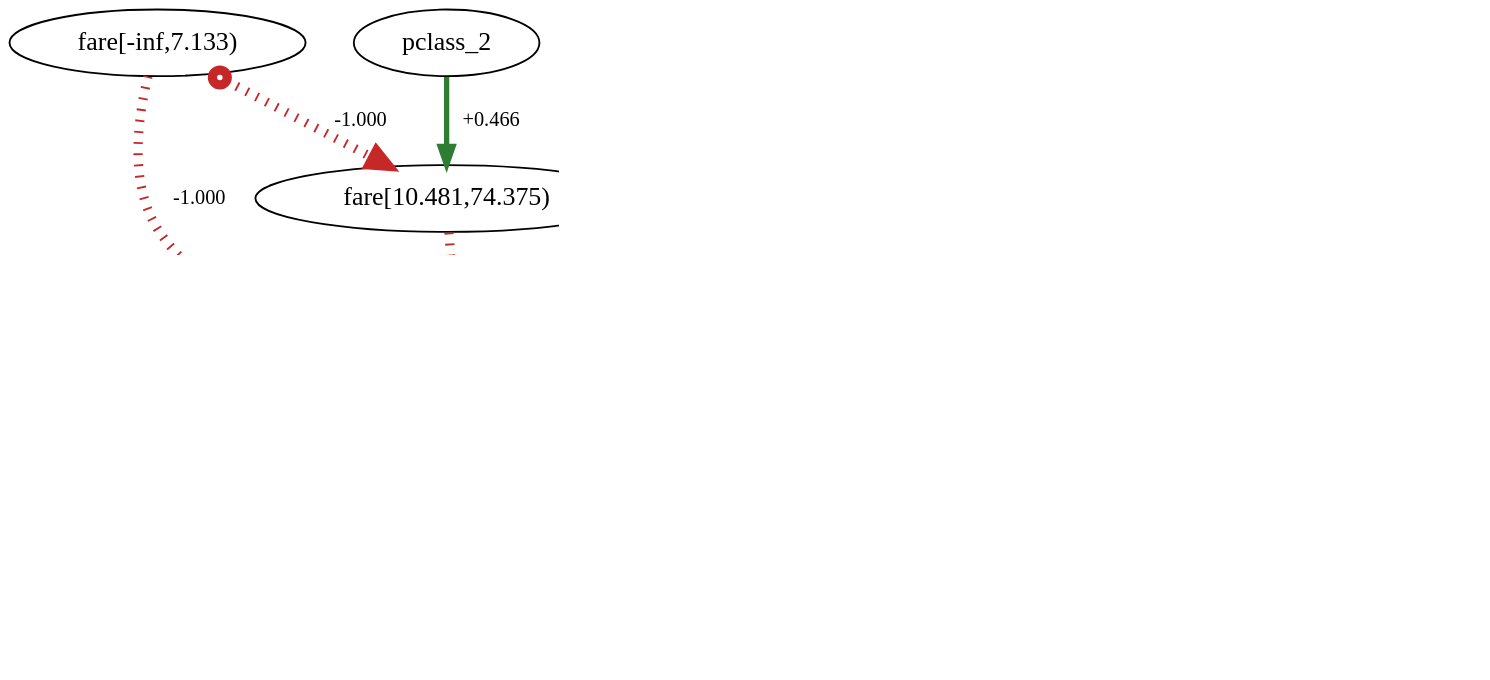
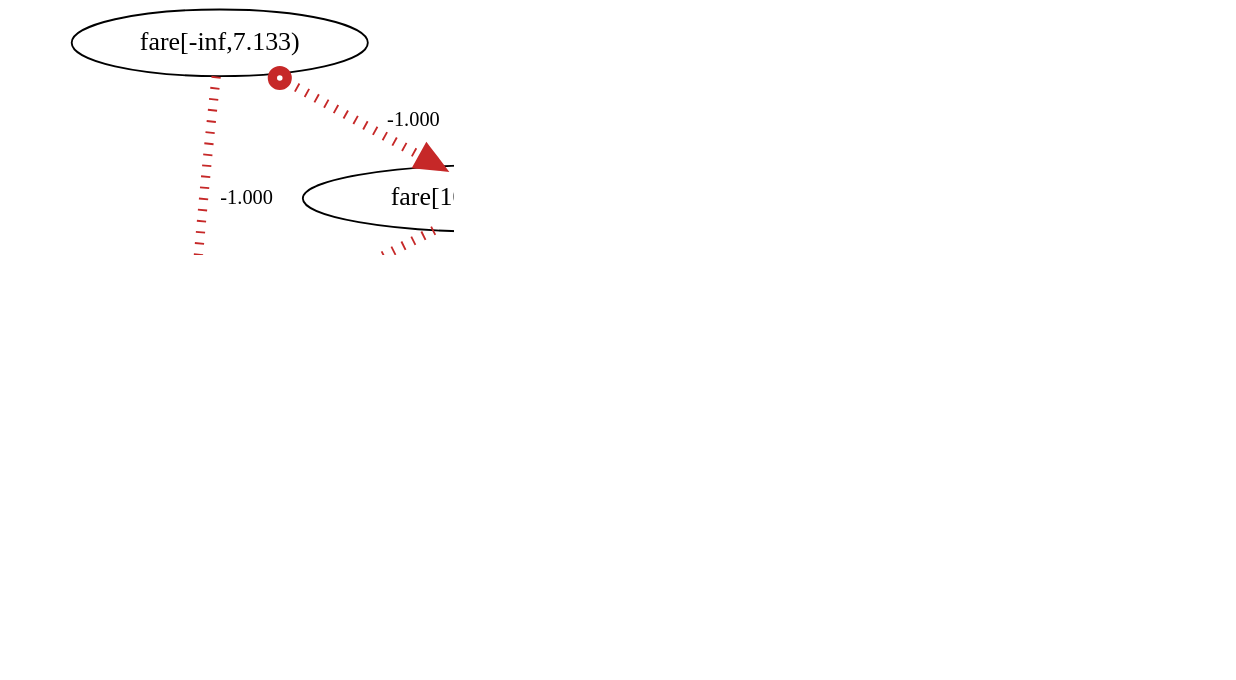
The diagram in causal_argumentation-main/outputs_titanic/fci_experiment/discovery_fci_droplast_weighted.dot (AKANEMO22/MedTCAX-Causal-Argumentative-Explainability), drawn with Graphviz before and after one commit. The commit also changed 29 other files, not shown here.

```diff
--- a/causal_argumentation-main/outputs_titanic/fci_experiment/discovery_fci_droplast_weighted.dot
+++ b/causal_argumentation-main/outputs_titanic/fci_experiment/discovery_fci_droplast_weighted.dot
@@ -1,31 +1,33 @@
 digraph {
 fontsize=18;
 dpi=200;
 0 [label="age[-inf,6.500)"];
 1 [label="fare[-inf,7.133)"];
 2 [label="fare[10.481,74.375)"];
 3 [label="fare[7.133,10.481)"];
 4 [label=sibsp];
 5 [label=parch];
 6 [label="pclass_1"];
 7 [label="pclass_2"];
 8 [label="sex_female"];
 9 [label="embarked_C"];
 10 [label="embarked_Q"];
 11 [label=survived];
-0 -> 5 [dir=both, arrowtail=none, arrowhead=normal, label=" +0.409 ", fontsize=11, color="#2e7d32", penwidth=2.6369918056082815];
-0 -> 6 [dir=both, arrowtail=odot, arrowhead=normal, label=" -0.098 ", fontsize=11, color="#c62828", style=dashed, penwidth=1.3933730565268683];
+0 -> 5 [dir=both, arrowtail=normal, arrowhead=normal, label=" +0.409 ", fontsize=11, color="#2e7d32", penwidth=2.6369918056082815];
+0 -> 6 [dir=both, arrowtail=normal, arrowhead=normal, label=" -0.098 ", fontsize=11, color="#c62828", style=dashed, penwidth=1.3933730565268683];
 0 -> 11 [dir=both, arrowtail=none, arrowhead=normal, label=" +0.154 ", fontsize=11, color="#2e7d32", penwidth=1.6177861699496239];
 1 -> 2 [dir=both, arrowtail=odot, arrowhead=normal, label=" -1.000 ", fontsize=11, style=dotted, color="#c62828", penwidth=5.0];
 1 -> 3 [dir=both, arrowtail=none, arrowhead=normal, label=" -1.000 ", fontsize=11, style=dotted, color="#c62828", penwidth=5.0];
 2 -> 3 [dir=both, arrowtail=none, arrowhead=normal, label=" -1.000 ", fontsize=11, style=dotted, color="#c62828", penwidth=5.0];
-7 -> 2 [dir=both, arrowtail=none, arrowhead=normal, label=" +0.466 ", fontsize=11, color="#2e7d32", penwidth=2.864432504407697];
+2 -> 7 [dir=both, arrowtail=normal, arrowhead=normal, label=" +0.466 ", fontsize=11, color="#2e7d32", penwidth=2.864432504407697];
 3 -> 4 [dir=both, arrowtail=normal, arrowhead=normal, label=" -0.385 ", fontsize=11, color="#c62828", penwidth=2.54102053237382];
 3 -> 5 [dir=both, arrowtail=normal, arrowhead=normal, label=" -0.341 ", fontsize=11, color="#c62828", penwidth=2.3620449319349763];
-6 -> 3 [dir=both, arrowtail=none, arrowhead=normal, label=" -0.400 ", fontsize=11, color="#c62828", penwidth=2.599999999999998];
+3 -> 6 [dir=both, arrowtail=normal, arrowhead=normal, label=" -0.400 ", fontsize=11, color="#c62828", penwidth=2.599999999999998];
 5 -> 4 [dir=both, arrowtail=none, arrowhead=normal, label=" +0.420 ", fontsize=11, color="#2e7d32", penwidth=2.680932707475021];
-8 -> 5 [dir=both, arrowtail=none, arrowhead=normal, label=" +0.248 ", fontsize=11, color="#2e7d32", penwidth=1.9900907139670656];
+8 -> 5 [dir=both, arrowtail=odot, arrowhead=normal, label=" +0.248 ", fontsize=11, color="#2e7d32", penwidth=1.9900907139670656];
+6 -> 7 [dir=both, arrowtail=normal, arrowhead=normal, label=" -1.000 ", fontsize=11, style=dotted, color="#c62828", penwidth=5.0];
 6 -> 9 [dir=both, arrowtail=normal, arrowhead=normal, label=" +0.296 ", fontsize=11, color="#2e7d32", penwidth=2.1856907175866684];
 6 -> 11 [dir=both, arrowtail=none, arrowhead=normal, label=" +0.286 ", fontsize=11, color="#2e7d32", penwidth=2.1436150711349695];
 8 -> 11 [dir=both, arrowtail=none, arrowhead=normal, label=" +0.543 ", fontsize=11, color="#2e7d32", penwidth=3.17340552263102];
+10 -> 9 [dir=both, arrowtail=odot, arrowhead=normal, label=" -1.000 ", fontsize=11, style=dotted, color="#c62828", penwidth=5.0];
 }
```
